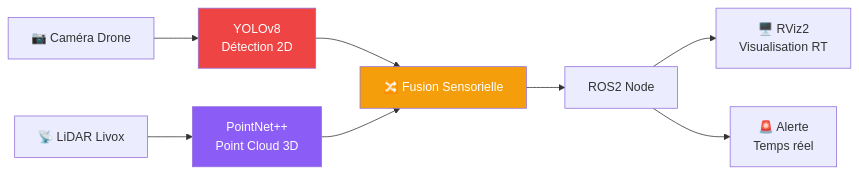
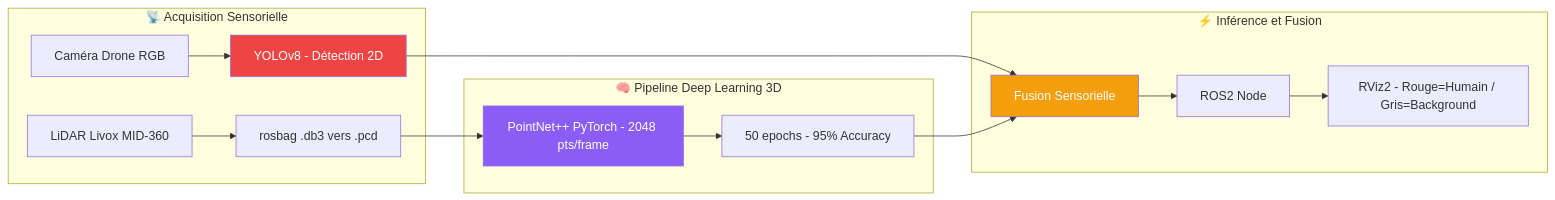
One commit to Altay55stage/Altay55stage changed the third of 3 diagrams in README.md. Above: the diagram before and after it, drawn with Mermaid. The commit also changed other lines of this file, not shown here.

````diff
--- a/README.md
+++ b/README.md
@@ -113,14 +176,21 @@
 ```mermaid
 graph LR
-    CAM[📷 Caméra Drone] --> YOLO[YOLOv8\nDétection 2D]
-    LIDAR[📡 LiDAR Livox] --> POINT[PointNet++\nPoint Cloud 3D]
-    YOLO --> FUSE[🔀 Fusion Sensorielle]
-    POINT --> FUSE
-    FUSE --> ROS[ROS2 Node]
-    ROS --> RVIZ[🖥️ RViz2\nVisualisation RT]
-    ROS --> ALERT[🚨 Alerte\nTemps réel]
-    
+    subgraph ACQ["📡 Acquisition Sensorielle"]
+        CAM[Caméra Drone RGB] --> YOLO[YOLOv8 - Détection 2D]
+        LID[LiDAR Livox MID-360] --> ENG[rosbag .db3 vers .pcd]
+    end
+    subgraph DL["🧠 Pipeline Deep Learning 3D"]
+        ENG --> PTNET[PointNet++ PyTorch - 2048 pts/frame]
+        PTNET --> TRAIN[50 epochs - 95% Accuracy]
+    end
+    subgraph INF["⚡ Inférence et Fusion"]
+        YOLO --> FUSE[Fusion Sensorielle]
+        TRAIN --> FUSE
+        FUSE --> ROS[ROS2 Node]
+        ROS --> RVIZ[RViz2 - Rouge=Humain / Gris=Background]
+    end
+
+    style PTNET fill:#8B5CF6,color:#fff
     style YOLO fill:#EF4444,color:#fff
-    style POINT fill:#8B5CF6,color:#fff
     style FUSE fill:#F59E0B,color:#fff
 ```
````
